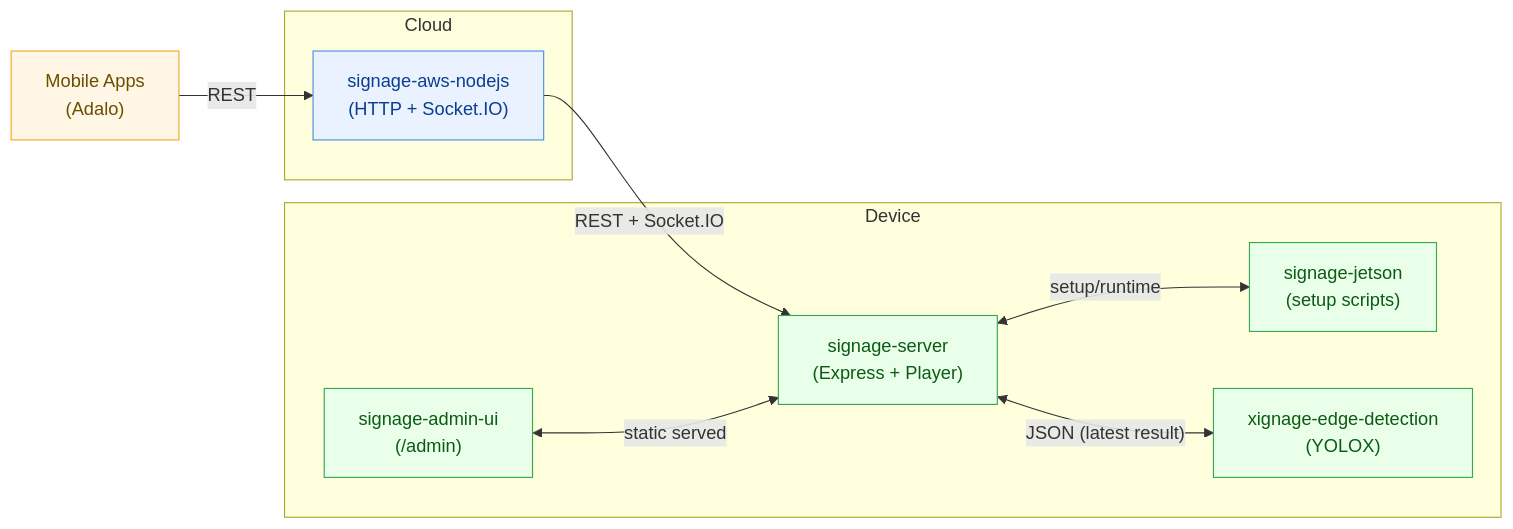
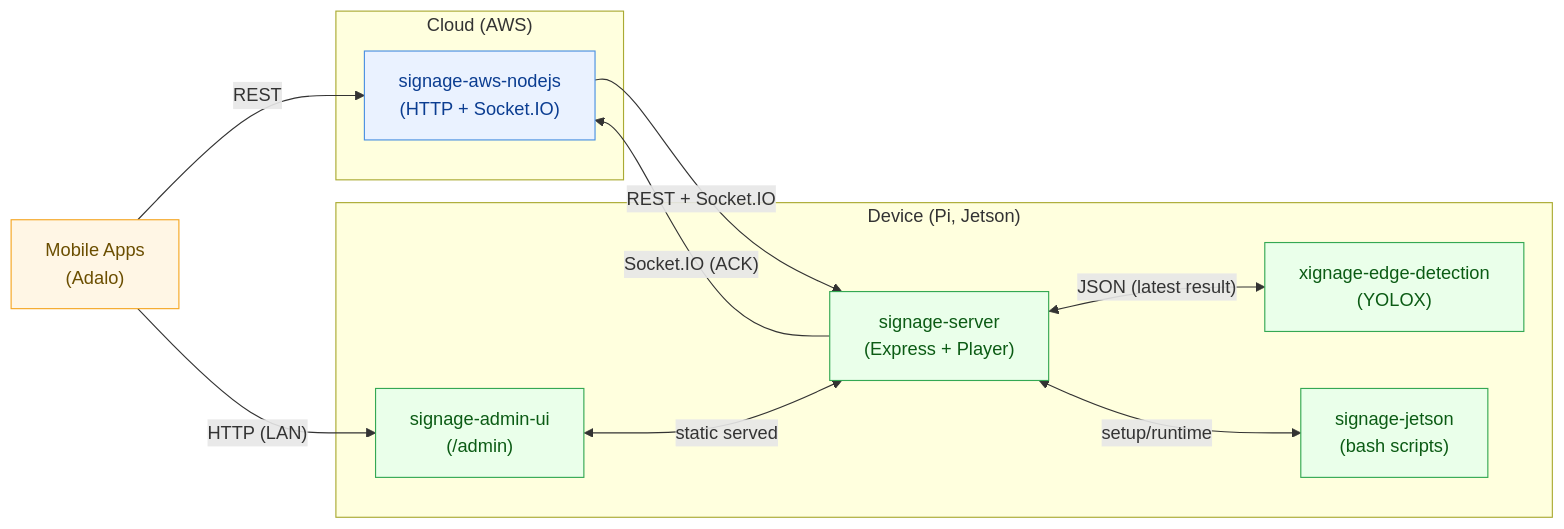
Before and after one commit to tstaisyu/xignage-docs: the first of 6 diagrams in docs/architecture/index.md, drawn with Mermaid.

Commit message:
docs(architecture): refine system overview diagram (Mermaid)
- Cloud title → **Cloud (AWS)**
- Device title → **Device (Pi, Jetson)**
- Add Mobile → AdminUI edge: "HTTP (LAN)"
- Add LocalSrv → AWS edge: "Socket.IO (ACK)"（bidirectional flow indication）
- Rename "signage-jetson (setup scripts)" → **(bash scripts)**
- Keep "signage-server (Express + Player)"（omit explicit Node.js tag）
- Keep "signage-admin-ui (/admin)"（omit React tag）

````diff
--- a/docs/architecture/index.md
+++ b/docs/architecture/index.md
@@ -7,25 +7,32 @@
 ```mermaid
 flowchart LR
   classDef cloud fill:#eaf2ff,stroke:#4a90e2,color:#0b3d91
   classDef device fill:#eaffea,stroke:#34a853,color:#0b5b14
   classDef mobile fill:#fff6e5,stroke:#f5a623,color:#6b4e00
 
-  subgraph Cloud
+  subgraph Cloud["Cloud (AWS)"]
     AWS["signage-aws-nodejs\n(HTTP + Socket.IO)"]:::cloud
   end
 
-  subgraph Device
-    JetsonSetup["signage-jetson\n(setup scripts)"]:::device
+  subgraph Device["Device (Pi, Jetson)"]
+    JetsonSetup["signage-jetson\n(bash scripts)"]:::device
     LocalSrv["signage-server\n(Express + Player)"]:::device
     EdgeDet["xignage-edge-detection\n(YOLOX)"]:::device
     AdminUI["signage-admin-ui\n(/admin)"]:::device
   end
 
   Mobile["Mobile Apps\n(Adalo)"]:::mobile
 
+  %% Cloud <-> Device
   Mobile -- "REST" --> AWS
   AWS -- "REST + Socket.IO" --> LocalSrv
+  LocalSrv -- "Socket.IO (ACK)" --> AWS
+
+  %% Device internal flows
   LocalSrv <-- "JSON (latest result)" --> EdgeDet
   LocalSrv <-- "setup/runtime" --> JetsonSetup
   AdminUI <-- "static served" --> LocalSrv
+
+  %% LAN direct access from Mobile to Admin UI
+  Mobile -- "HTTP (LAN)" --> AdminUI
 ```
````
